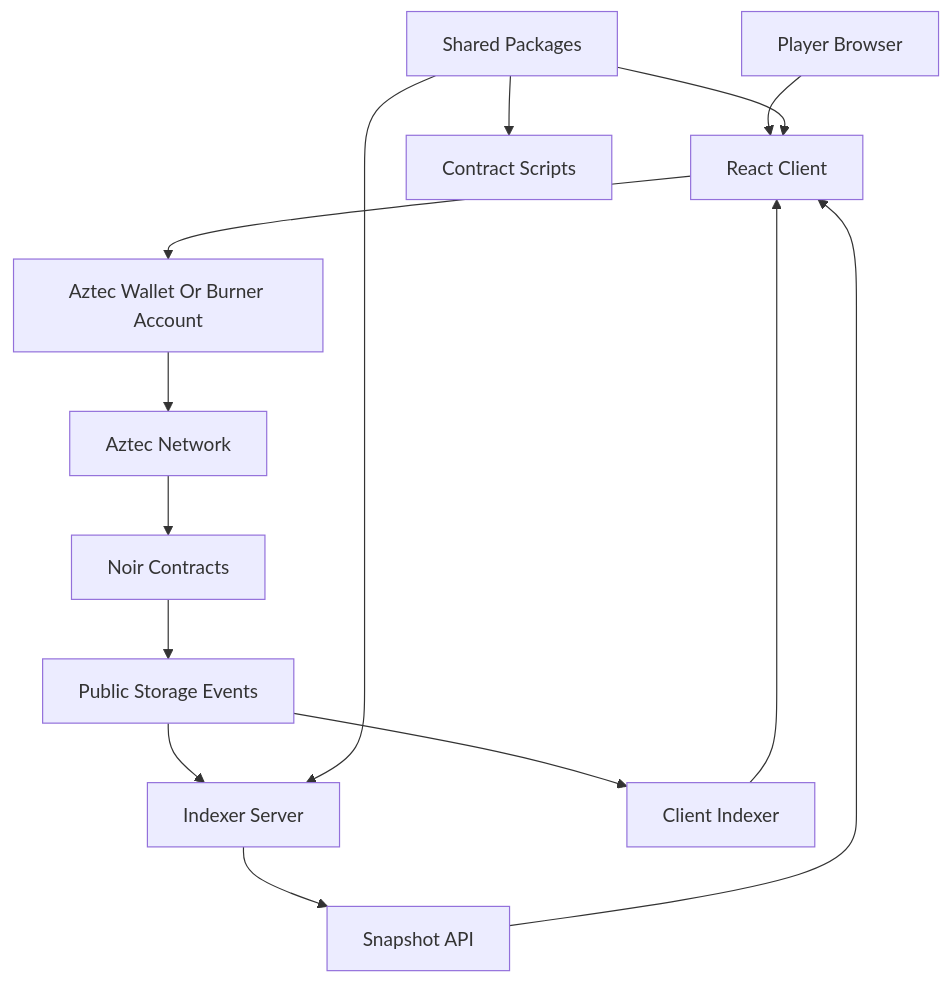
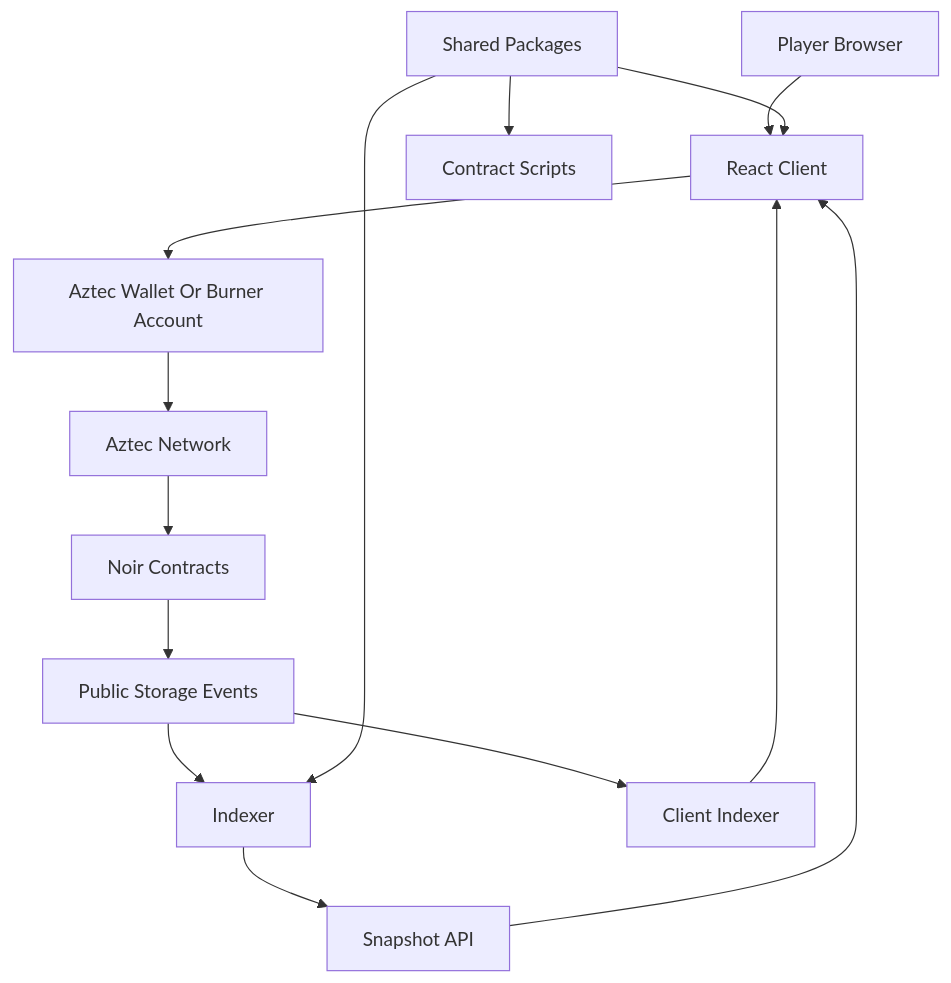
One commit to dfarchon/dark-forest-aztec changed the first of 2 diagrams in docs/architecture.md. Above: the diagram before and after it, drawn with Mermaid. The commit also changed other lines of this file and 46 other files, not shown here.

````diff
--- a/docs/architecture.md
+++ b/docs/architecture.md
@@ -26,16 +26,16 @@
 ```mermaid
 flowchart TD
   player[Player Browser] --> client[React Client]
   client --> wallet[Aztec Wallet Or Burner Account]
   wallet --> aztec[Aztec Network]
   aztec --> contracts[Noir Contracts]
   contracts --> publicEvents[Public Storage Events]
-  publicEvents --> serverIndexer[Indexer Server]
-  serverIndexer --> snapshotApi[Snapshot API]
+  publicEvents --> indexer[Indexer]
+  indexer --> snapshotApi[Snapshot API]
   snapshotApi --> client
   publicEvents --> clientIndexer[Client Indexer]
   clientIndexer --> client
   packages[Shared Packages] --> client
-  packages --> serverIndexer
+  packages --> indexer
   packages --> contractScripts[Contract Scripts]
 ```
````
